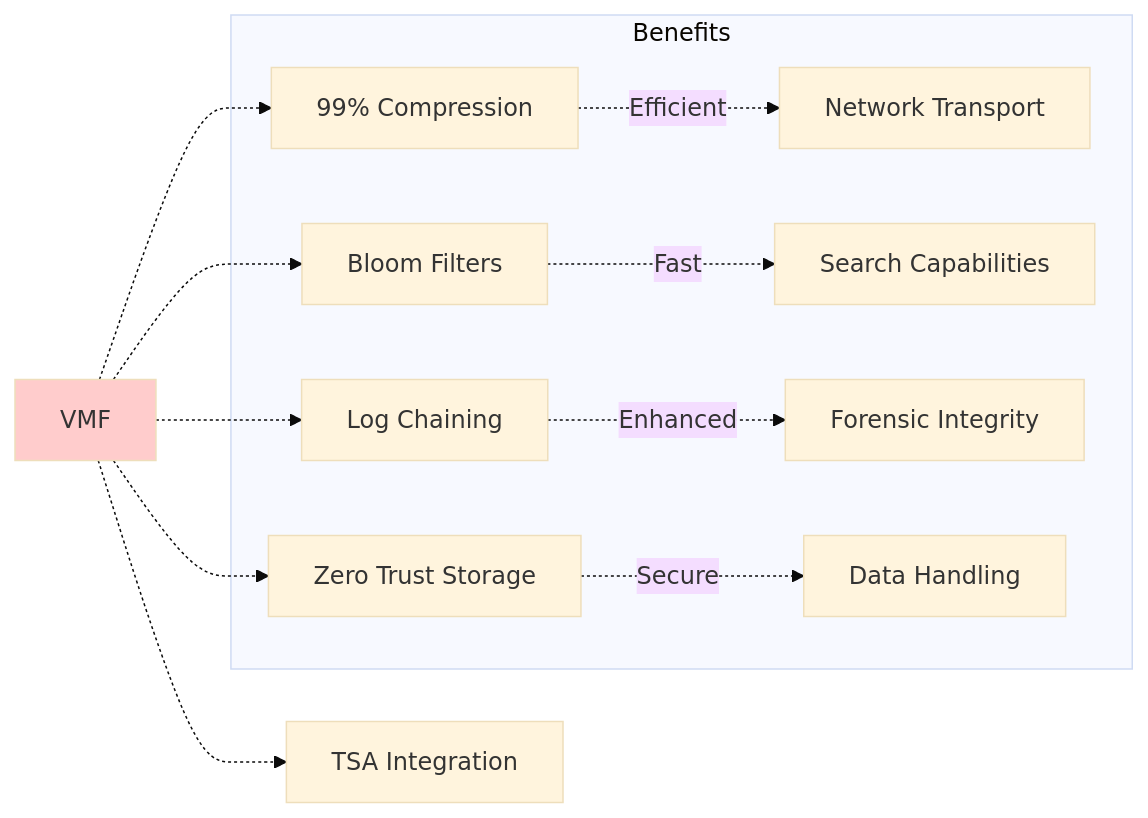
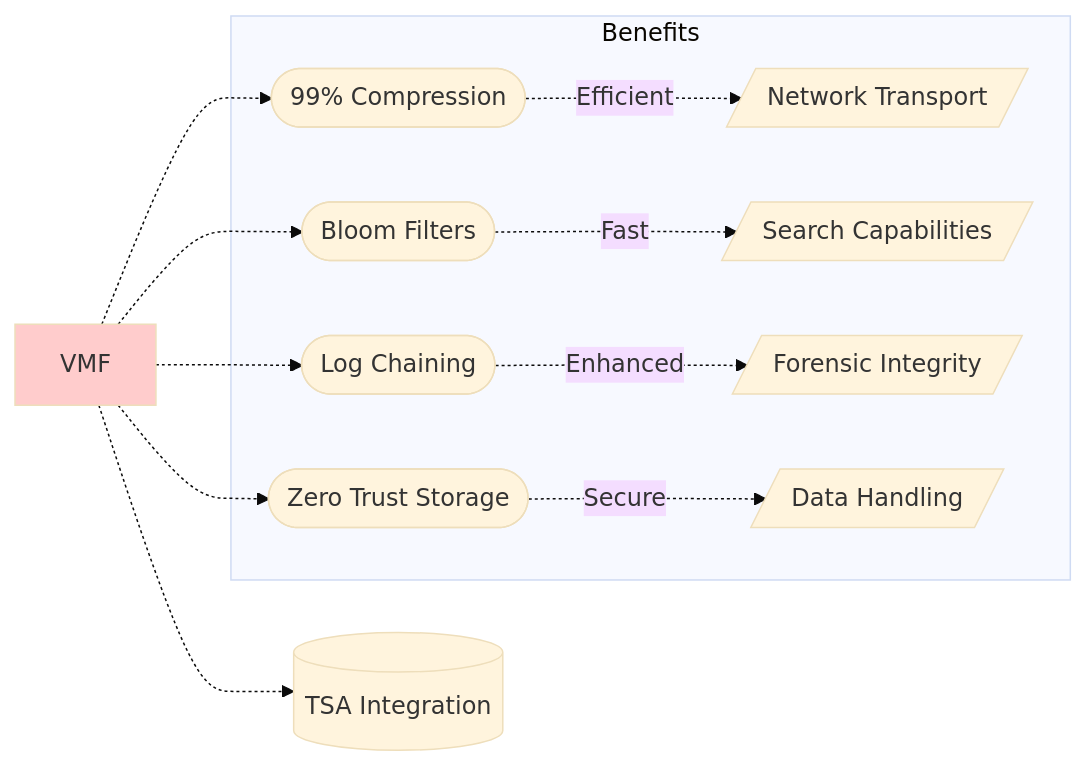
Before and after one commit to VirtualMetric/virtualmetric-docs: the fourth of 7 diagrams in docs/README.mdx, drawn with Mermaid (base theme). The commit also changed other lines of this file, not shown here.

Commit message:
Edited the about graphics

````diff
--- a/docs/README.mdx
+++ b/docs/README.mdx
@@ -121,19 +118,19 @@
 ```mermaid
 graph LR
     VMF[VMF]
     
-    VMF -.-> Compression[99% Compression]
-    VMF -.-> Storage[Zero Trust Storage]
-    VMF -.-> Filters[Bloom Filters]
-    VMF -.-> Chain[Log Chaining]
-    VMF -.-> TSA[TSA Integration]
+    VMF -.-> Compression([99% Compression])
+    VMF -.-> Storage([Zero Trust Storage])
+    VMF -.-> Filters([Bloom Filters])
+    VMF -.-> Chain([Log Chaining])
+    VMF -.-> TSA[(TSA Integration)]
     
     subgraph Benefits
-        Compression -.-> |Efficient| Transport[Network Transport]
-        Filters -.-> |Fast| Search[Search Capabilities]
-        Chain -.-> |Enhanced| Forensics[Forensic Integrity]
-        Storage -.-> |Secure| DataHandling[Data Handling]
+        Compression -.-> |Efficient| Transport[/Network Transport/]
+        Filters -.-> |Fast| Search[/Search Capabilities/]
+        Chain -.-> |Enhanced| Forensics[/Forensic Integrity/]
+        Storage -.-> |Secure| DataHandling[/Data Handling/]
     end
     
     style VMF fill:#FFCCCC
 ```
````
